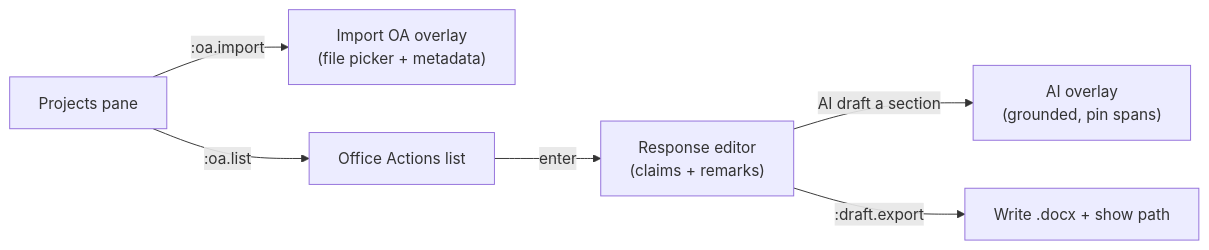
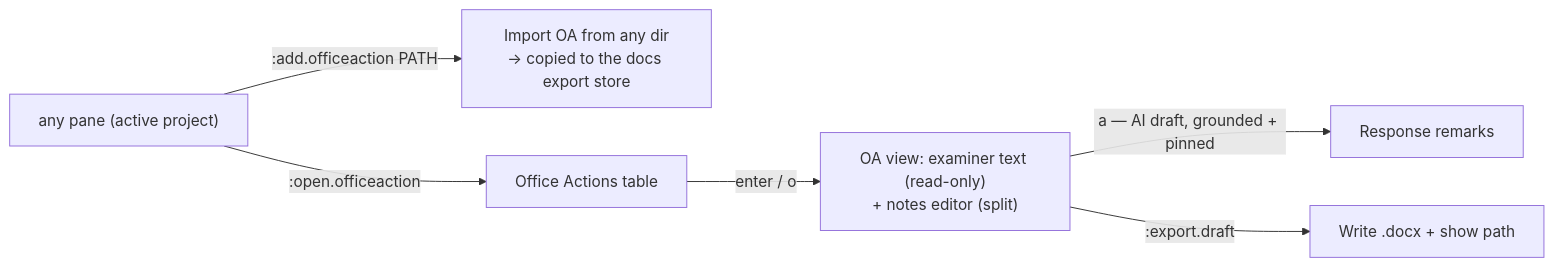
One commit to fjmalass/PatentMine changed the second of 2 diagrams in TUI_OFFICE_ACTION.md. Above: the diagram before and after it, drawn with Mermaid. The commit also changed other lines of this file and 29 other files, not shown here.

Commit message:
wip: office acction split screen

````diff
--- a/TUI_OFFICE_ACTION.md
+++ b/TUI_OFFICE_ACTION.md
@@ -231,8 +229,8 @@
 ```mermaid
 flowchart LR
-    P["Projects pane"] -->|":oa.import"| OA["Import OA overlay\n(file picker + metadata)"]
-    P -->|":oa.list"| L["Office Actions list"]
-    L -->|"enter"| R["Response editor\n(claims + remarks)"]
-    R -->|"AI draft a section"| AI["AI overlay\n(grounded, pin spans)"]
-    R -->|":draft.export"| DX["Write .docx + show path"]
+    P["any pane (active project)"] -->|":add.officeaction PATH"| OA["Import OA from any dir\n→ copied to the docs export store"]
+    P -->|":open.officeaction"| L["Office Actions table"]
+    L -->|"enter / o"| R["OA view: examiner text (read-only)\n+ notes editor (split)"]
+    R -->|"a — AI draft, grounded + pinned"| AI["Response remarks"]
+    R -->|":export.draft"| DX["Write .docx + show path"]
 ```
````
